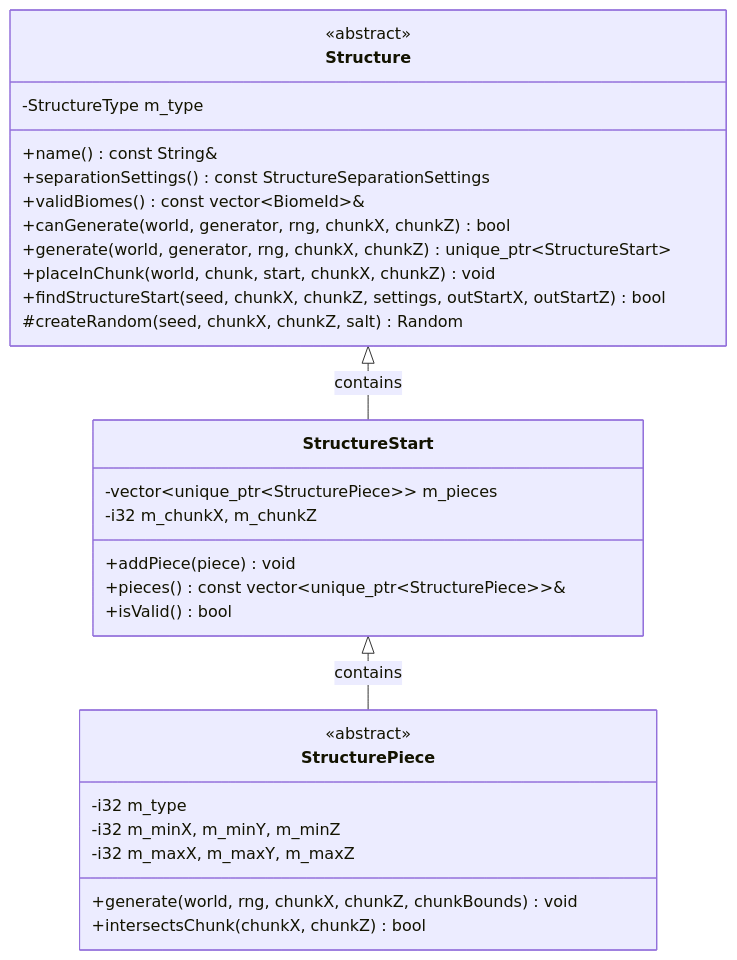
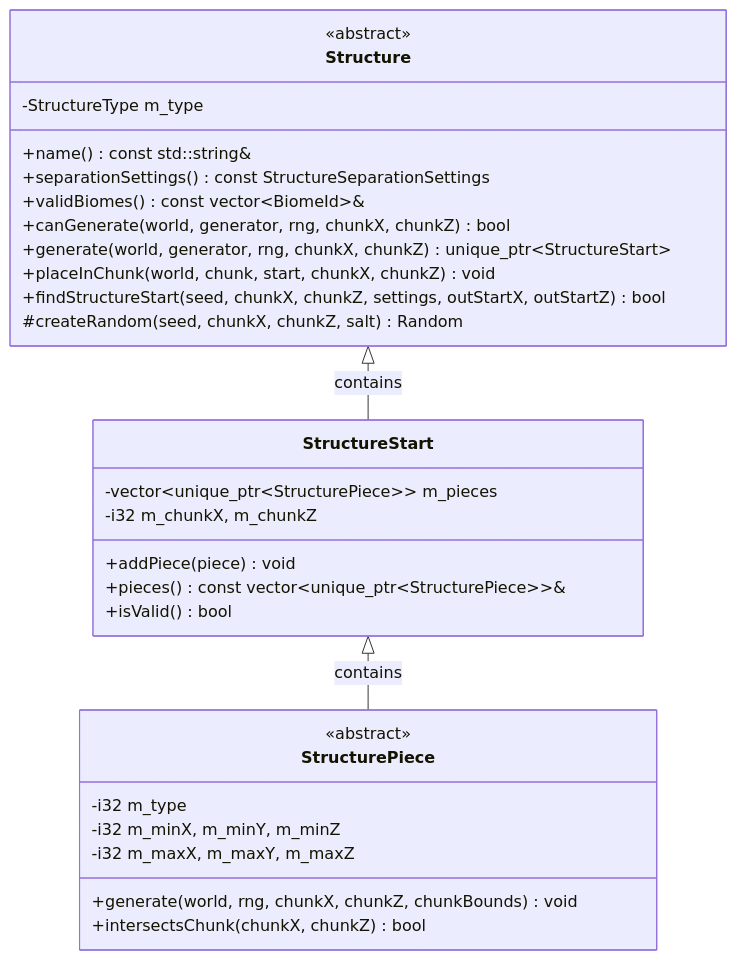
One commit to g122622/Cubium changed the first of 8 diagrams in src/common/world/gen/structure/README.md. Above: the diagram before and after it, drawn with Mermaid. The commit also changed other lines of this file and 823 other files, not shown here.

````diff
--- a/src/common/world/gen/structure/README.md
+++ b/src/common/world/gen/structure/README.md
@@ -55,35 +55,35 @@
 ```mermaid
 classDiagram
     class Structure {
         <<abstract>>
         -StructureType m_type
-        +name() const String&
+        +name() const std::string&
         +separationSettings() const StructureSeparationSettings
         +validBiomes() const vector~BiomeId~&
         +canGenerate(world, generator, rng, chunkX, chunkZ) bool
         +generate(world, generator, rng, chunkX, chunkZ) unique_ptr~StructureStart~
         +placeInChunk(world, chunk, start, chunkX, chunkZ) void
         +findStructureStart(seed, chunkX, chunkZ, settings, outStartX, outStartZ) bool
         #createRandom(seed, chunkX, chunkZ, salt) Random
     }
     
     class StructurePiece {
         <<abstract>>
         -i32 m_type
         -i32 m_minX, m_minY, m_minZ
         -i32 m_maxX, m_maxY, m_maxZ
         +generate(world, rng, chunkX, chunkZ, chunkBounds) void
         +intersectsChunk(chunkX, chunkZ) bool
     }
     
     class StructureStart {
         -vector~unique_ptr~StructurePiece~~ m_pieces
         -i32 m_chunkX, m_chunkZ
         +addPiece(piece) void
         +pieces() const vector~unique_ptr~StructurePiece~~&
         +isValid() bool
     }
     
     Structure <|-- StructureStart : contains
     StructureStart <|-- StructurePiece : contains
 ```
````
